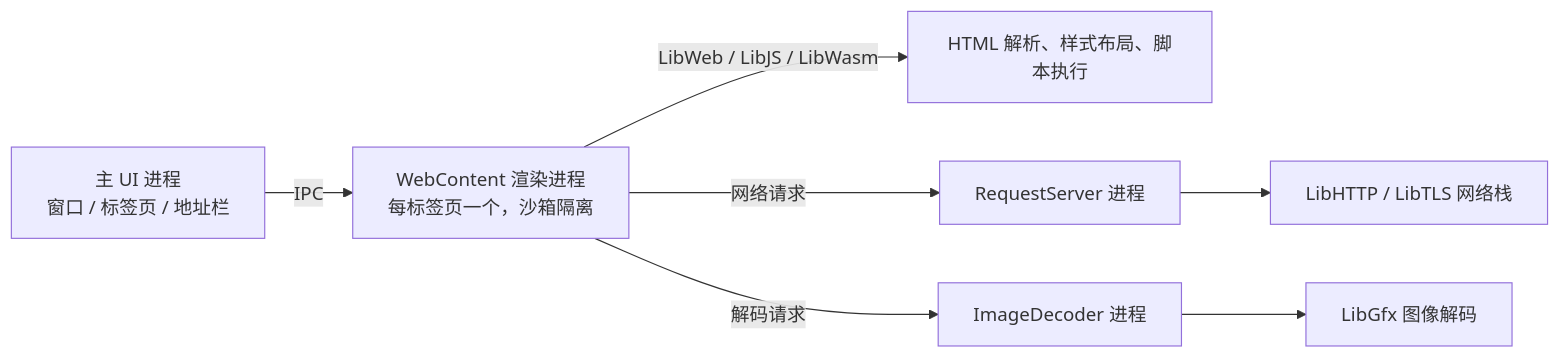
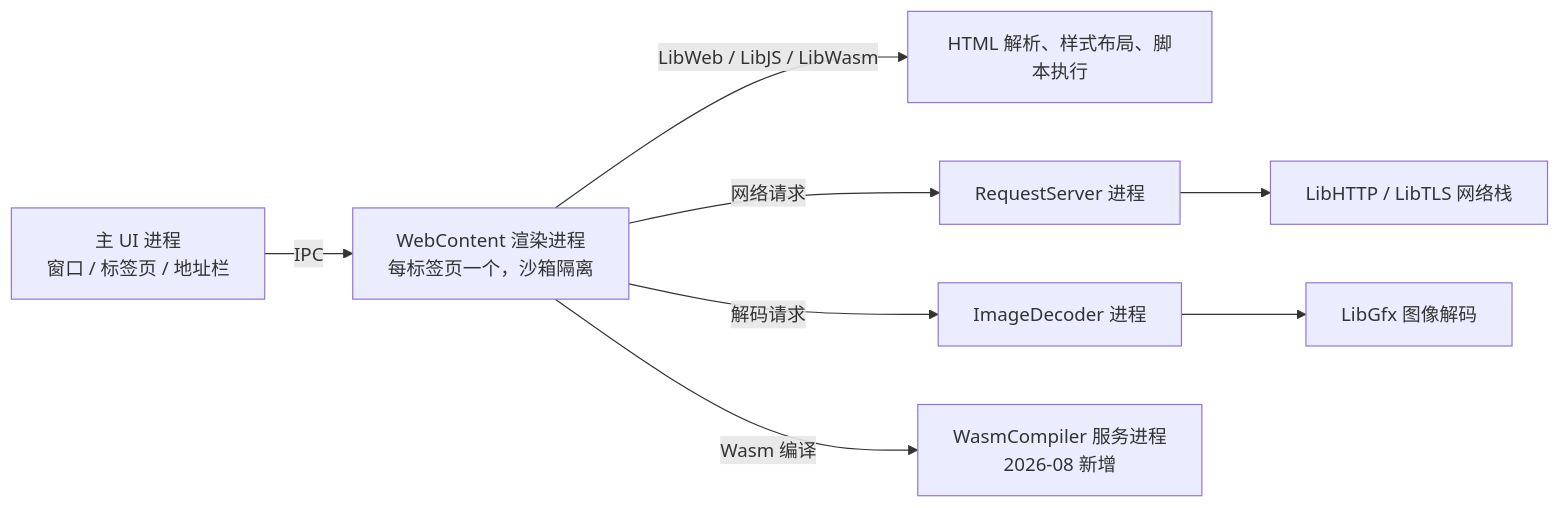
Before and after one commit to A1pha3/text-matrix: the diagram in content/posts/tech/ladybird-browser.md, drawn with Mermaid. The commit also changed other lines of this file and 331 other files, not shown here.

````diff
--- a/content/posts/tech/ladybird-browser.md
+++ b/content/posts/tech/ladybird-browser.md
@@ -34,9 +35,10 @@
 ```mermaid
 flowchart LR
     UI[主 UI 进程<br/>窗口 / 标签页 / 地址栏] -->|IPC| WC[WebContent 渲染进程<br/>每标签页一个，沙箱隔离]
     WC -->|LibWeb / LibJS / LibWasm| R[HTML 解析、样式布局、脚本执行]
     WC -->|网络请求| REQ[RequestServer 进程]
     WC -->|解码请求| IMG[ImageDecoder 进程]
+    WC -->|Wasm 编译| WASM[WasmCompiler 服务进程<br/>2026-08 新增]
     REQ --> NET[LibHTTP / LibTLS 网络栈]
     IMG --> G[LibGfx 图像解码]
 ```
````
